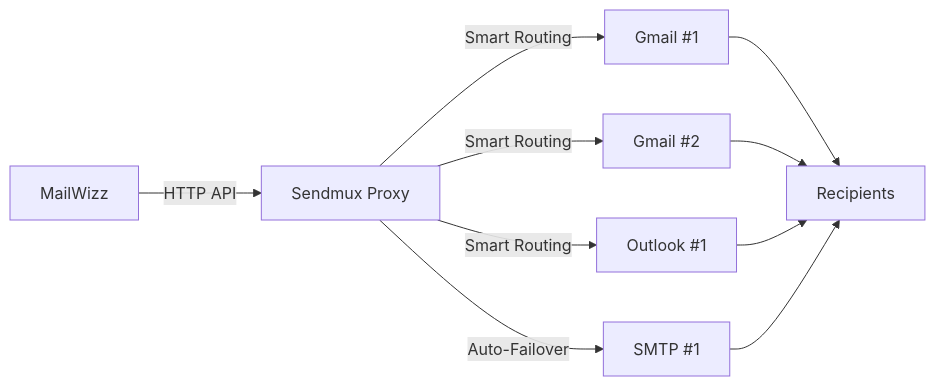
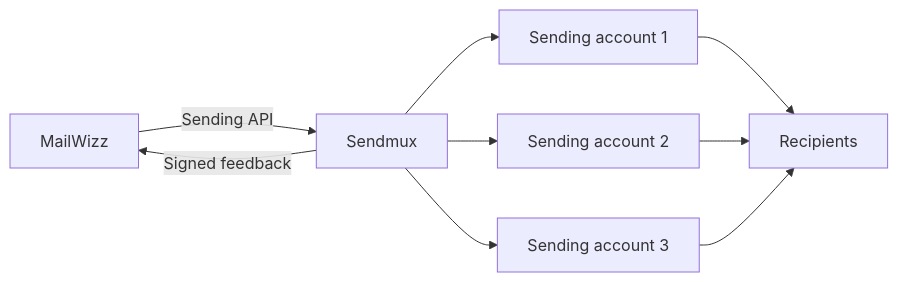
One commit to Sendmux/mailwizz-smtp-proxy changed the diagram in README.md. Above: the diagram before and after it, drawn with Mermaid. The commit also changed other lines of this file and 20 other files, not shown here.

Commit message:
fix: harden Sendmux MailWizz integration

````diff
--- a/README.md
+++ b/README.md
@@ -38,12 +35,11 @@
 ```mermaid
 graph LR
-    A[MailWizz] -->|HTTP API| B[Sendmux Proxy]
-    B -->|Smart Routing| C[Gmail #1]
-    B -->|Smart Routing| D[Gmail #2]
-    B -->|Smart Routing| E[Outlook #1]
-    B -->|Auto-Failover| F[SMTP #1]
-    C --> G[Recipients]
-    D --> G
-    E --> G
-    F --> G
+    A[MailWizz] -->|Sending API| B[Sendmux]
+    B --> C[Sending account 1]
+    B --> D[Sending account 2]
+    B --> E[Sending account 3]
+    C --> F[Recipients]
+    D --> F
+    E --> F
+    B -->|Signed feedback| A
 ```
````
